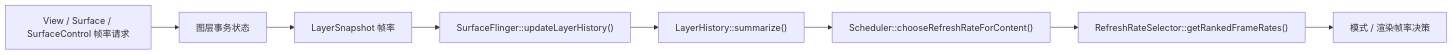
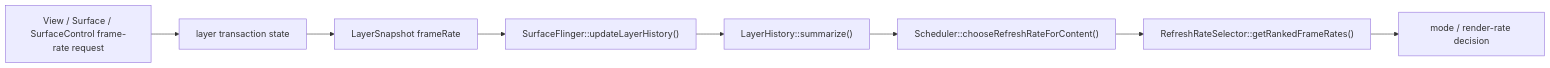
The fourth of 4 diagrams in src/part1-fundamentals/ch02-rendering/23-vsync-scheduler-displayframerate.md (Gracker/android-internals-wiki), drawn with Mermaid before and after one commit. The commit also changed other lines of this file and 3 other files, not shown here.

````diff
--- a/src/part1-fundamentals/ch02-rendering/23-vsync-scheduler-displayframerate.md
+++ b/src/part1-fundamentals/ch02-rendering/23-vsync-scheduler-displayframerate.md
@@ -299,10 +299,10 @@
 ```mermaid
 flowchart LR
-    API["View / Surface / SurfaceControl 帧率请求"] --> TX["图层事务状态"]
-    TX --> SNAP["LayerSnapshot 帧率"]
+    API["View / Surface / SurfaceControl frame-rate request"] --> TX["layer transaction state"]
+    TX --> SNAP["LayerSnapshot frameRate"]
     SNAP --> HIST["SurfaceFlinger::updateLayerHistory()"]
     HIST --> SUM["LayerHistory::summarize()"]
     SUM --> CHOOSE["Scheduler::chooseRefreshRateForContent()"]
     CHOOSE --> RRS["RefreshRateSelector::getRankedFrameRates()"]
-    RRS --> DECISION["模式 / 渲染帧率决策"]
+    RRS --> DECISION["mode / render-rate decision"]
 ```
````
